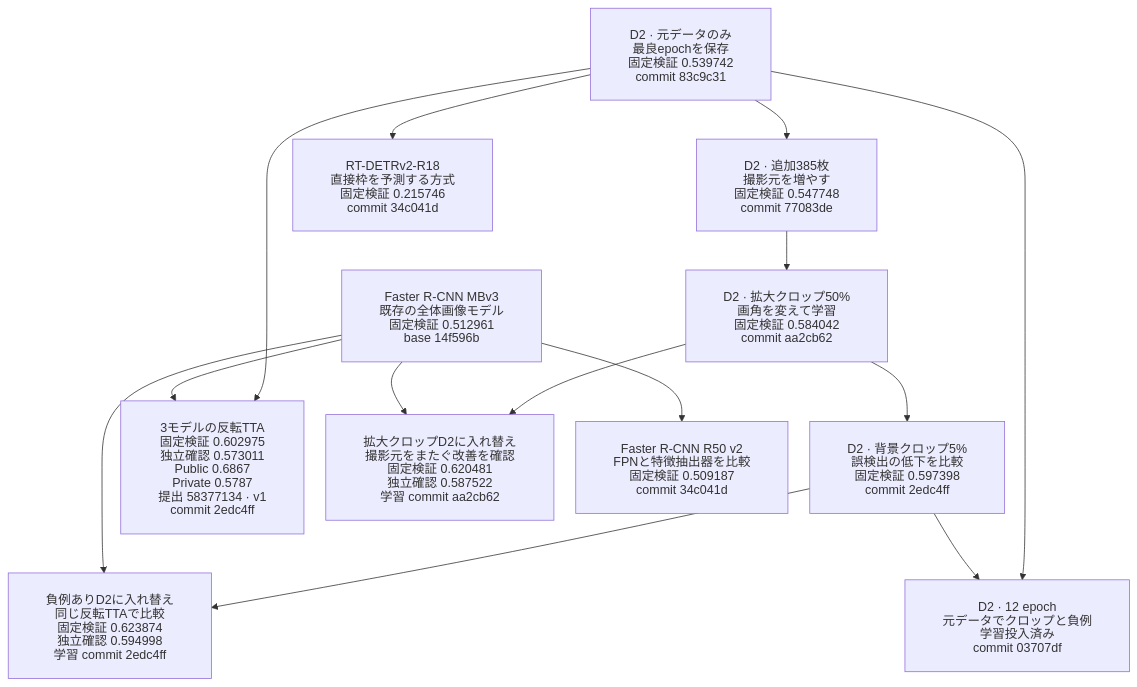
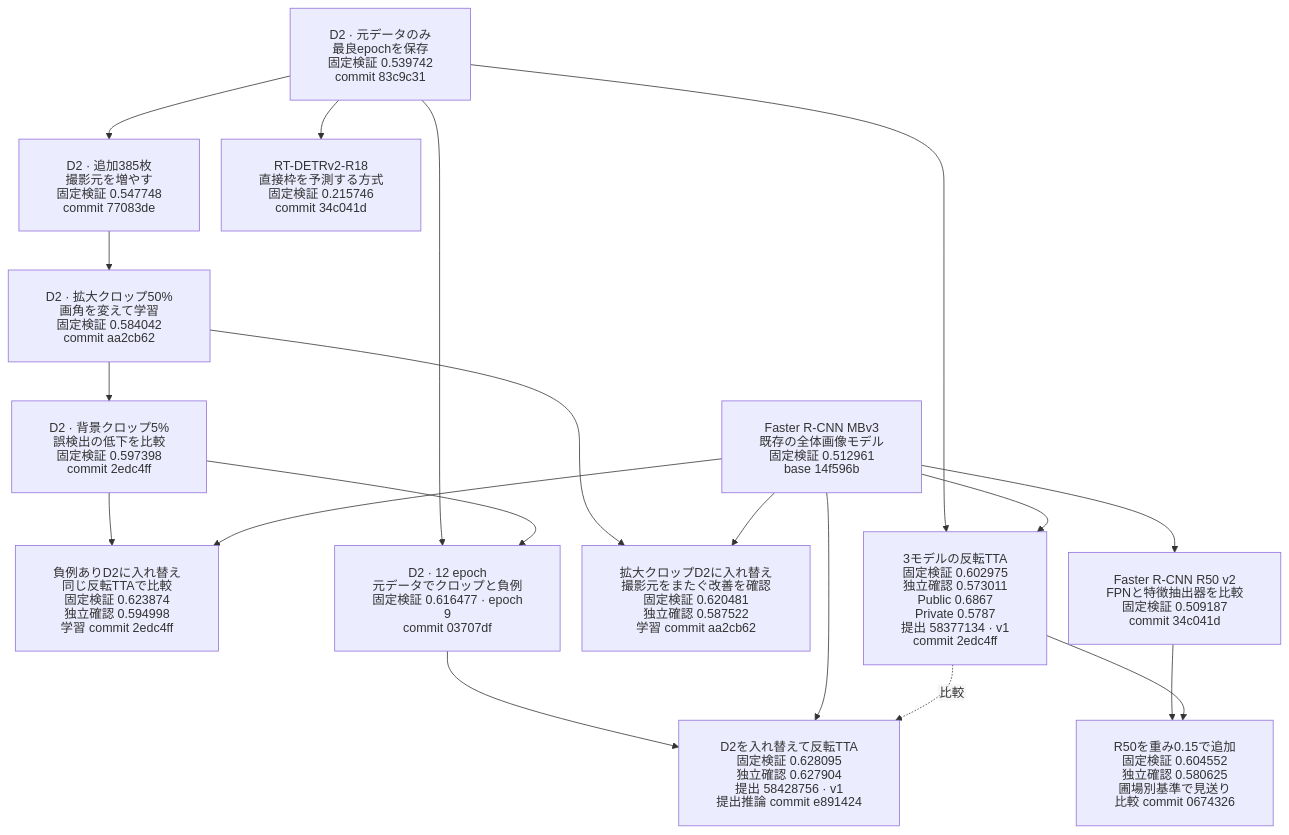
Before and after one commit to Yutarotaro/kaggle-global-wheat-detection: the fifth of 5 diagrams in docs/experiment-lineage.md, drawn with Mermaid. The commit also changed other lines of this file and 4 other files, not shown here.

````diff
--- a/docs/experiment-lineage.md
+++ b/docs/experiment-lineage.md
@@ -161,27 +162,34 @@
 ```mermaid
 %%{init: {"htmlLabels": false, "flowchart": {"padding": 24, "nodeSpacing": 28}}}%%
 flowchart TB
     M["Faster R-CNN MBv3<br/>既存の全体画像モデル<br/>固定検証 0.512961<br/>base 14f596b"]
     D["D2 · 元データのみ<br/>最良epochを保存<br/>固定検証 0.539742<br/>commit 83c9c31"]
     F["D2 · 追加385枚<br/>撮影元を増やす<br/>固定検証 0.547748<br/>commit 77083de"]
     C["D2 · 拡大クロップ50%<br/>画角を変えて学習<br/>固定検証 0.584042<br/>commit aa2cb62"]
     N["D2 · 背景クロップ5%<br/>誤検出の低下を比較<br/>固定検証 0.597398<br/>commit 2edc4ff"]
     U["負例ありD2に入れ替え<br/>同じ反転TTAで比較<br/>固定検証 0.623874<br/>独立確認 0.594998<br/>学習 commit 2edc4ff"]
     S["3モデルの反転TTA<br/>固定検証 0.602975<br/>独立確認 0.573011<br/>Public 0.6867<br/>Private 0.5787<br/>提出 58377134 · v1<br/>commit 2edc4ff"]
     Z["拡大クロップD2に入れ替え<br/>撮影元をまたぐ改善を確認<br/>固定検証 0.620481<br/>独立確認 0.587522<br/>学習 commit aa2cb62"]
     T["RT-DETRv2-R18<br/>直接枠を予測する方式<br/>固定検証 0.215746<br/>commit 34c041d"]
     R["Faster R-CNN R50 v2<br/>FPNと特徴抽出器を比較<br/>固定検証 0.509187<br/>commit 34c041d"]
-    L["D2 · 12 epoch<br/>元データでクロップと負例<br/>学習投入済み<br/>commit 03707df"]
+    R15["R50を重み0.15で追加<br/>固定検証 0.604552<br/>独立確認 0.580625<br/>圃場別基準で見送り<br/>比較 commit 0674326"]
+    L["D2 · 12 epoch<br/>元データでクロップと負例<br/>固定検証 0.616477 · epoch 9<br/>commit 03707df"]
+    P["D2を入れ替えて反転TTA<br/>固定検証 0.628095<br/>独立確認 0.627904<br/>提出 58428756 · v1<br/>提出推論 commit e891424"]
 
     D --> F --> C --> N
     C --> Z
     M --> Z
     D --> S
     M --> S
     D --> T
     D --> L
     N --> L
     N --> U
     M --> U
     M --> R
+    R --> R15
+    S --> R15
+    L --> P
+    M --> P
+    S -. 比較 .-> P
 ```
````
